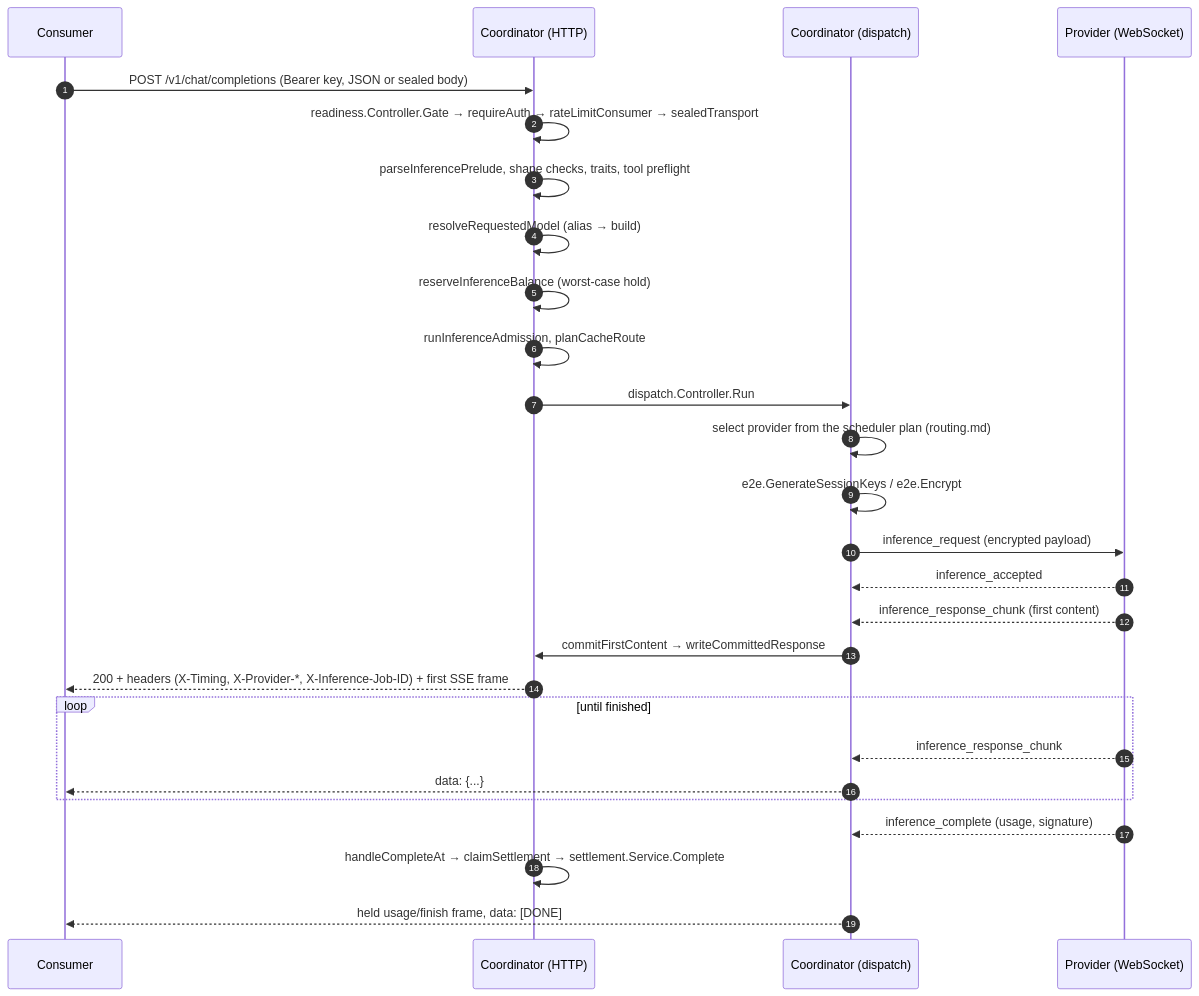
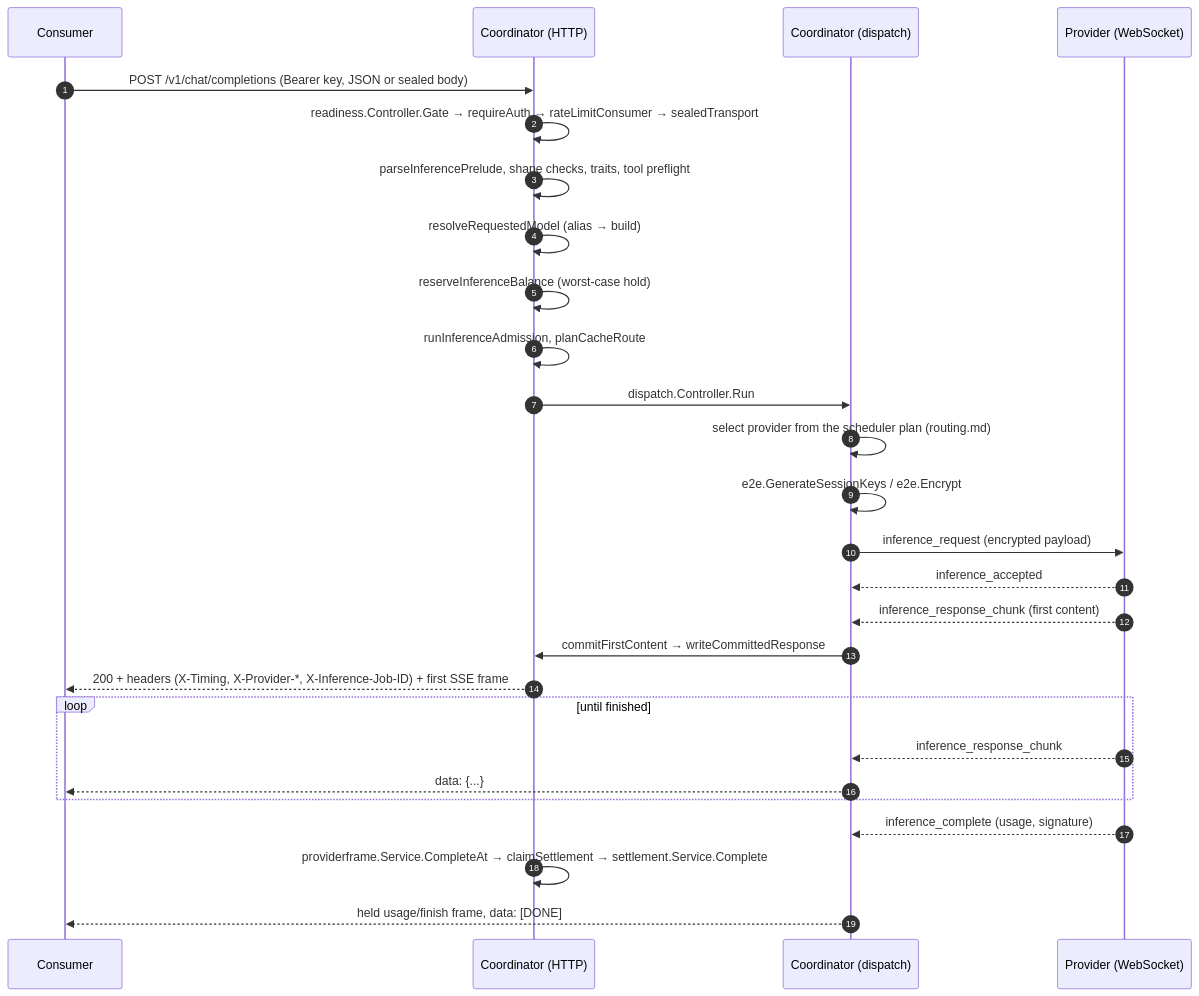
One commit to Layr-Labs/d-inference changed the diagram in docs/architecture/data-flow.md. Above: the diagram before and after it, drawn with Mermaid. The commit also changed other lines of this file and 21 other files, not shown here.

````diff
--- a/docs/architecture/data-flow.md
+++ b/docs/architecture/data-flow.md
@@ -15,30 +15,30 @@
 ```mermaid
 sequenceDiagram
     autonumber
     participant C as Consumer
     participant K as Coordinator (HTTP)
     participant D as Coordinator (dispatch)
     participant P as Provider (WebSocket)
 
     C->>K: POST /v1/chat/completions (Bearer key, JSON or sealed body)
     K->>K: readiness.Controller.Gate → requireAuth → rateLimitConsumer → sealedTransport
     K->>K: parseInferencePrelude, shape checks, traits, tool preflight
     K->>K: resolveRequestedModel (alias → build)
     K->>K: reserveInferenceBalance (worst-case hold)
     K->>K: runInferenceAdmission, planCacheRoute
     K->>D: dispatch.Controller.Run
     D->>D: select provider from the scheduler plan (routing.md)
     D->>D: e2e.GenerateSessionKeys / e2e.Encrypt
     D->>P: inference_request (encrypted payload)
     P-->>D: inference_accepted
     P-->>D: inference_response_chunk (first content)
     D->>K: commitFirstContent → writeCommittedResponse
     K-->>C: 200 + headers (X-Timing, X-Provider-*, X-Inference-Job-ID) + first SSE frame
     loop until finished
         P-->>D: inference_response_chunk
         D-->>C: data: {...}
     end
     P-->>D: inference_complete (usage, signature)
-    K->>K: handleCompleteAt → claimSettlement → settlement.Service.Complete
+    K->>K: providerframe.Service.CompleteAt → claimSettlement → settlement.Service.Complete
     D-->>C: held usage/finish frame, data: [DONE]
 ```
````
